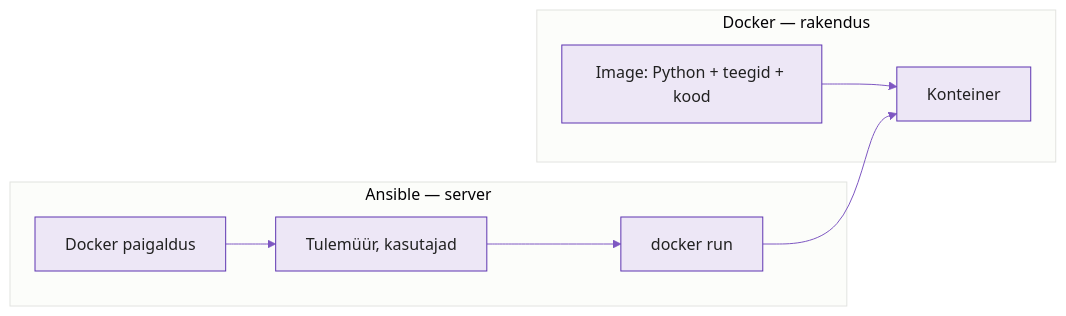
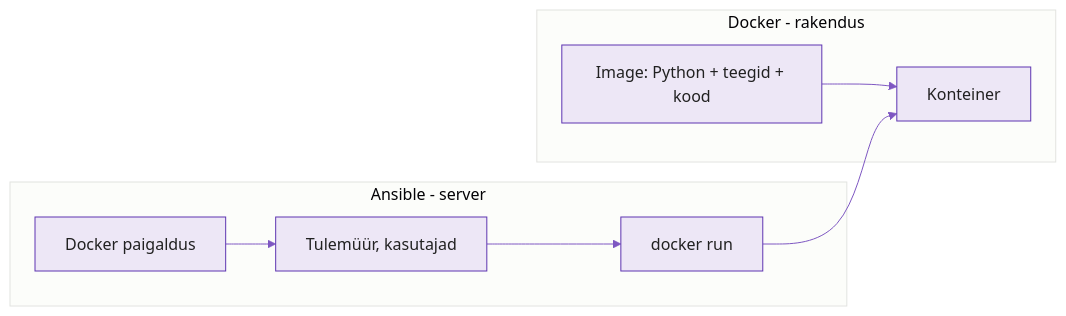
Before and after one commit to hkhk-automation/devops: the fifth of 5 diagrams in docs/week05/lecture.md, drawn with Mermaid. The commit also changed other lines of this file and 56 other files, not shown here.

````diff
--- a/docs/week05/lecture.md
+++ b/docs/week05/lecture.md
@@ -424,11 +422,11 @@
 ```mermaid
 %%{init: {'theme':'base','themeVariables':{'primaryColor':'#ede7f6','primaryBorderColor':'#5e35b1','primaryTextColor':'#212121','lineColor':'#7e57c2'}}}%%
 graph LR
-    subgraph Ansible[Ansible — server]
+    subgraph Ansible[Ansible - server]
       P1[Docker paigaldus] --> P2[Tulemüür, kasutajad] --> P3[docker run]
     end
-    subgraph Docker[Docker — rakendus]
+    subgraph Docker[Docker - rakendus]
       I[Image: Python + teegid + kood] --> C[Konteiner]
     end
     P3 --> C
 ```
````
